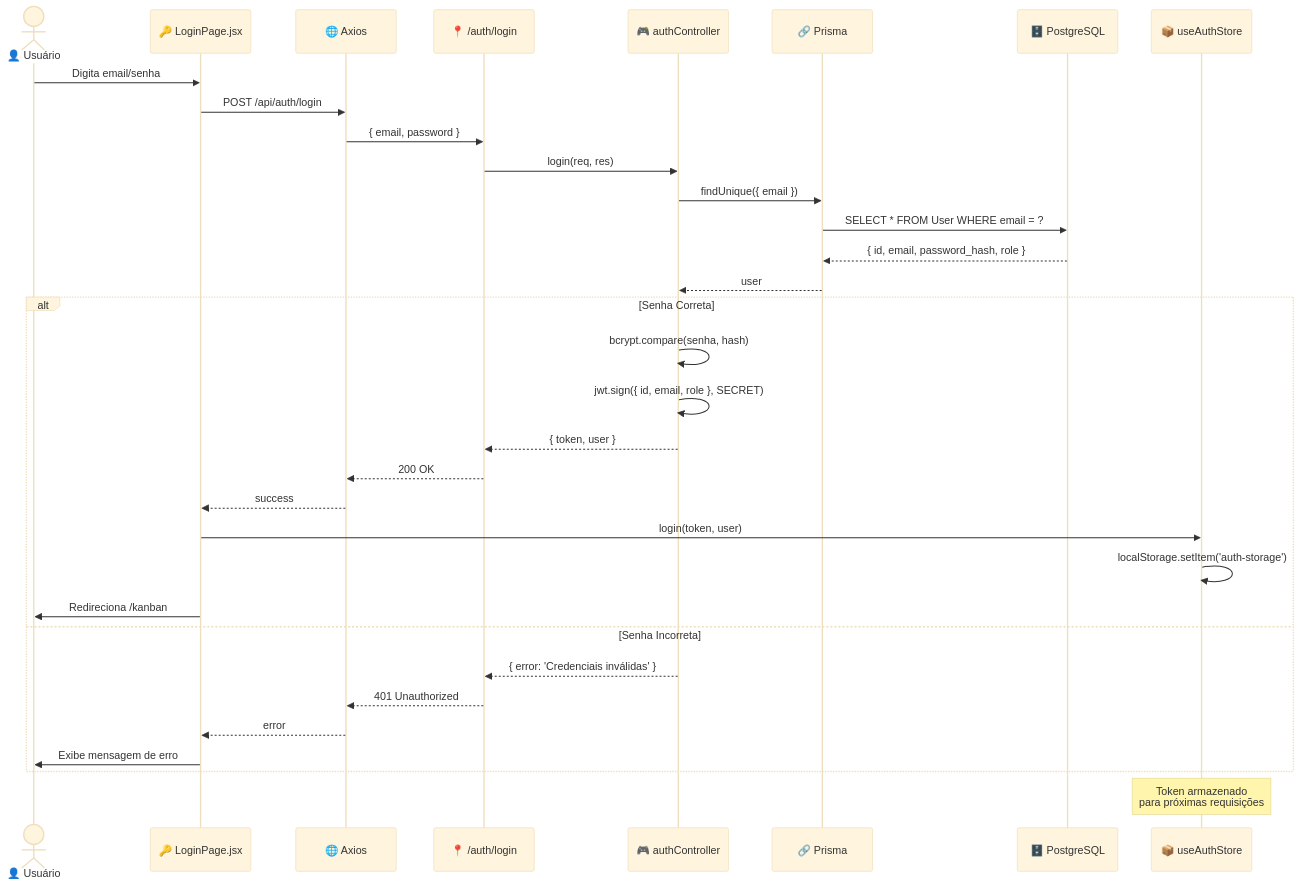
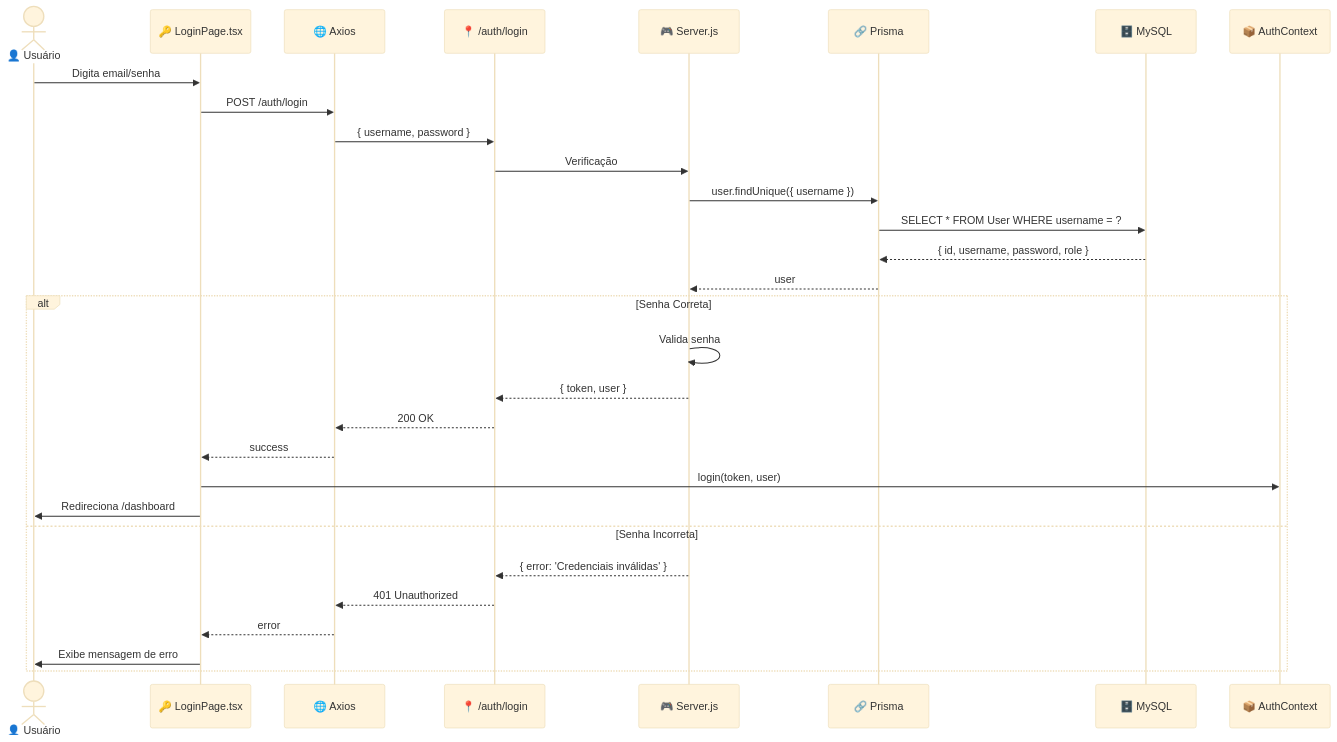
Before and after one commit to OEscolh1do/nexus-api: the second of 5 diagrams in DFD.md, drawn with Mermaid (base theme). The commit also changed other lines of this file and 555 other files, not shown here.

````diff
--- a/DFD.md
+++ b/DFD.md
@@ -60,38 +59,34 @@
 ```mermaid
 sequenceDiagram
     actor User as 👤 Usuário
-    participant Login as 🔑 LoginPage.jsx
+    participant Login as 🔑 LoginPage.tsx
     participant Axios as 🌐 Axios
     participant AuthRoute as 📍 /auth/login
-    participant AuthCtrl as 🎮 authController
+    participant Server as 🎮 Server.js
     participant Prisma as 🔗 Prisma
-    participant DB as 🗄️ PostgreSQL
-    participant Zustand as 📦 useAuthStore
+    participant DB as 🗄️ MySQL
+    participant AuthCtx as 📦 AuthContext
 
     User->>Login: Digita email/senha
-    Login->>Axios: POST /api/auth/login
-    Axios->>AuthRoute: { email, password }
-    AuthRoute->>AuthCtrl: login(req, res)
-    AuthCtrl->>Prisma: findUnique({ email })
-    Prisma->>DB: SELECT * FROM User WHERE email = ?
-    DB-->>Prisma: { id, email, password_hash, role }
-    Prisma-->>AuthCtrl: user
+    Login->>Axios: POST /auth/login
+    Axios->>AuthRoute: { username, password }
+    AuthRoute->>Server: Verificação
+    Server->>Prisma: user.findUnique({ username })
+    Prisma->>DB: SELECT * FROM User WHERE username = ?
+    DB-->>Prisma: { id, username, password, role }
+    Prisma-->>Server: user
 
     alt Senha Correta
-        AuthCtrl->>AuthCtrl: bcrypt.compare(senha, hash)
-        AuthCtrl->>AuthCtrl: jwt.sign({ id, email, role }, SECRET)
-        AuthCtrl-->>AuthRoute: { token, user }
+        Server->>Server: Valida senha
+        Server-->>AuthRoute: { token, user }
         AuthRoute-->>Axios: 200 OK
         Axios-->>Login: success
-        Login->>Zustand: login(token, user)
-        Zustand->>Zustand: localStorage.setItem('auth-storage')
-        Login->>User: Redireciona /kanban
+        Login->>AuthCtx: login(token, user)
+        Login->>User: Redireciona /dashboard
     else Senha Incorreta
-        AuthCtrl-->>AuthRoute: { error: 'Credenciais inválidas' }
+        Server-->>AuthRoute: { error: 'Credenciais inválidas' }
         AuthRoute-->>Axios: 401 Unauthorized
         Axios-->>Login: error
         Login->>User: Exibe mensagem de erro
     end
-
-    Note over Zustand: Token armazenado<br/>para próximas requisições
 ```
````
